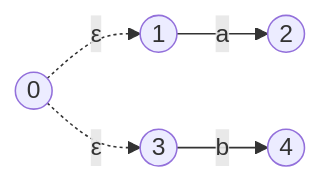
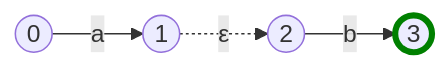
Before and after one commit to LeweyM/LeweyM.github.io: the seventh of 11 diagrams in personal-site/content/series/making regex from scratch in GO/08-Epsilons.md, drawn with Mermaid. The commit also changed other lines of this file, not shown here.

````diff
--- a/personal-site/content/series/making regex from scratch in GO/08-Epsilons.md
+++ b/personal-site/content/series/making regex from scratch in GO/08-Epsilons.md
@@ -232,7 +234,7 @@
 ```mermaid
 graph LR
-0((0)) -."ε".-> 1((1))
-0((0)) -."ε".-> 3((3))
-1((1)) --"a"--> 2((2))
-3((3)) --"b"--> 4((4))
+0((0)) --"a"--> 1((1))  
+1((1)) -."ε".-> 2((2))  
+2((2)) --"b"--> 3((3))
+style 3 stroke:green,stroke-width:4px;
 ```
````
